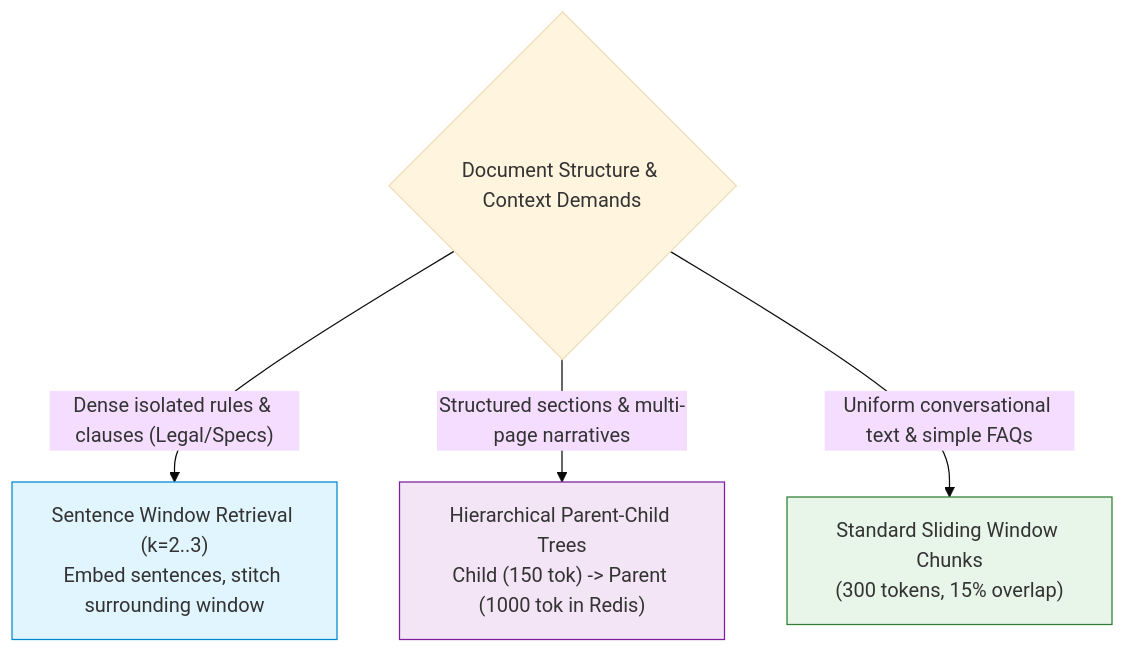
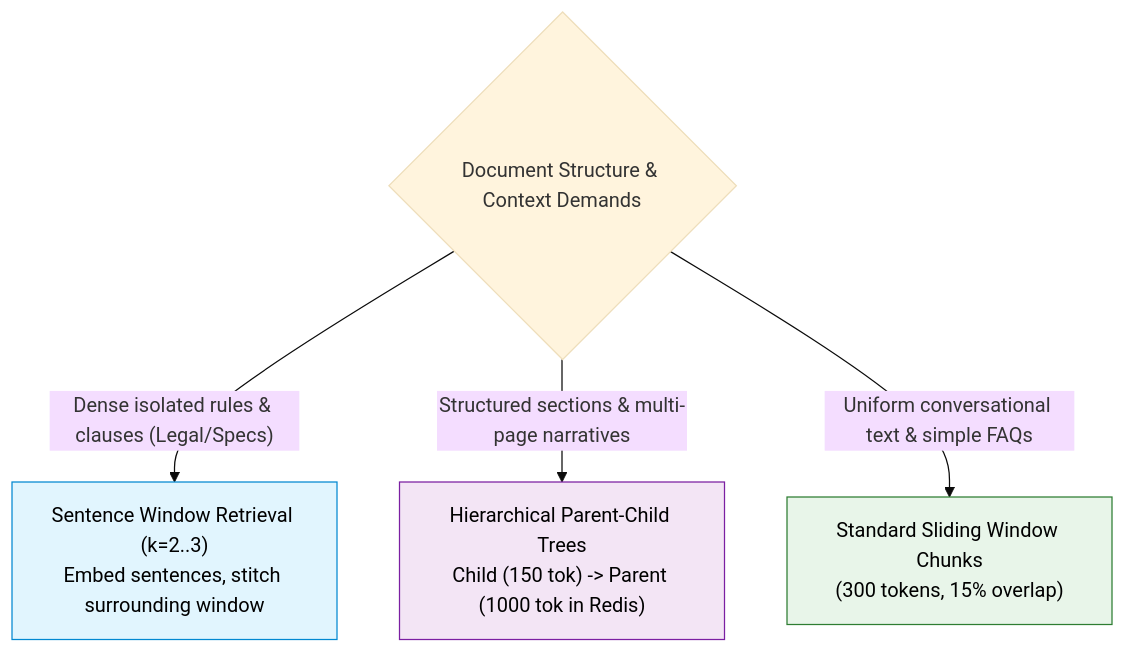
Before and after one commit to swapnil3104/RAG-Engineering: the fourth of 4 diagrams in 06-Advanced-RAG/Small-to-Big-Retrieval.md, drawn with Mermaid (base theme). The commit also changed other lines of this file and 108 other files, not shown here.

Commit message:
fix: make chart text visible across all Mermaid diagrams and resolve markdown table formatting issues

````diff
--- a/06-Advanced-RAG/Small-to-Big-Retrieval.md
+++ b/06-Advanced-RAG/Small-to-Big-Retrieval.md
@@ -461,12 +461,12 @@
 ```mermaid
 flowchart TD
     DocType{"Document Structure & Context Demands"}
     
     DocType -->|"Dense isolated rules & clauses (Legal/Specs)"| ChoiceA["Sentence Window Retrieval (k=2..3)<br/>Embed sentences, stitch surrounding window"]
     DocType -->|"Structured sections & multi-page narratives"| ChoiceB["Hierarchical Parent-Child Trees<br/>Child (150 tok) -> Parent (1000 tok in Redis)"]
     DocType -->|"Uniform conversational text & simple FAQs"| ChoiceC["Standard Sliding Window Chunks<br/>(300 tokens, 15% overlap)"]
 
-    style ChoiceA fill:#e1f5fe,stroke:#0288d1,stroke-width:1px
-    style ChoiceB fill:#f3e5f5,stroke:#7b1fa2,stroke-width:1px
-    style ChoiceC fill:#e8f5e9,stroke:#2e7d32,stroke-width:1px
+    style ChoiceA fill:#e1f5fe,stroke:#0288d1,stroke-width:1px,color:#000000
+    style ChoiceB fill:#f3e5f5,stroke:#7b1fa2,stroke-width:1px,color:#000000
+    style ChoiceC fill:#e8f5e9,stroke:#2e7d32,stroke-width:1px,color:#000000
 ```
````
